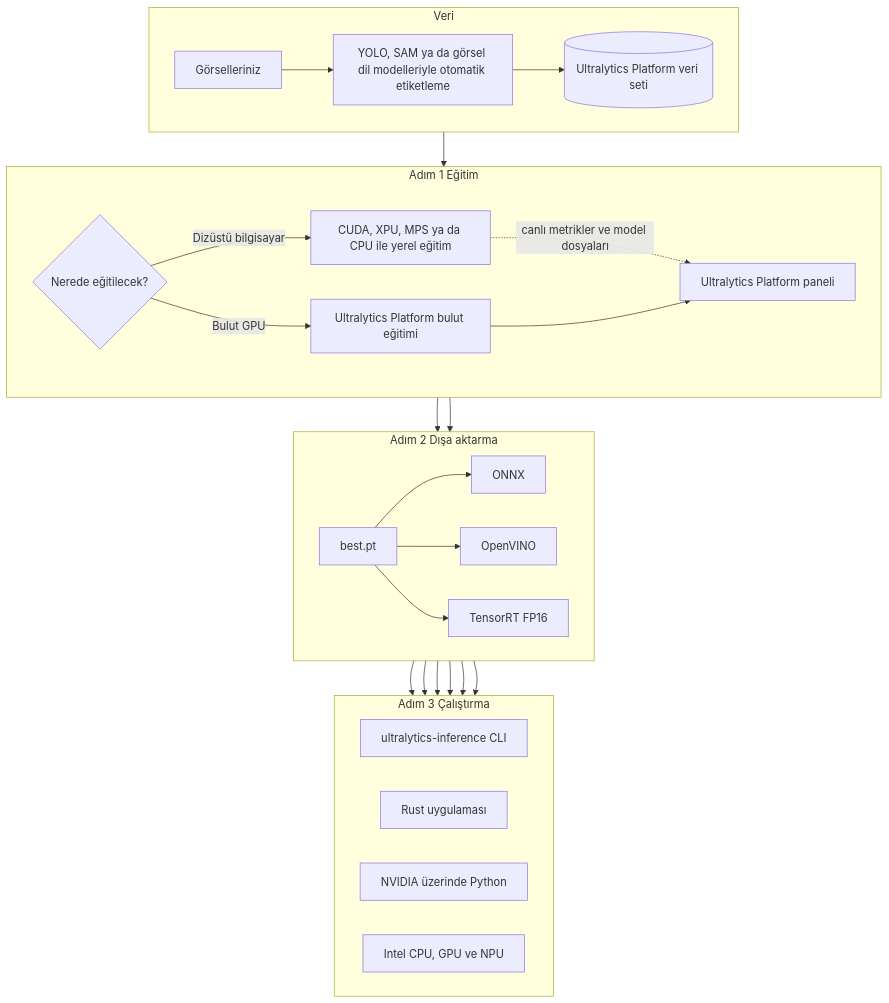
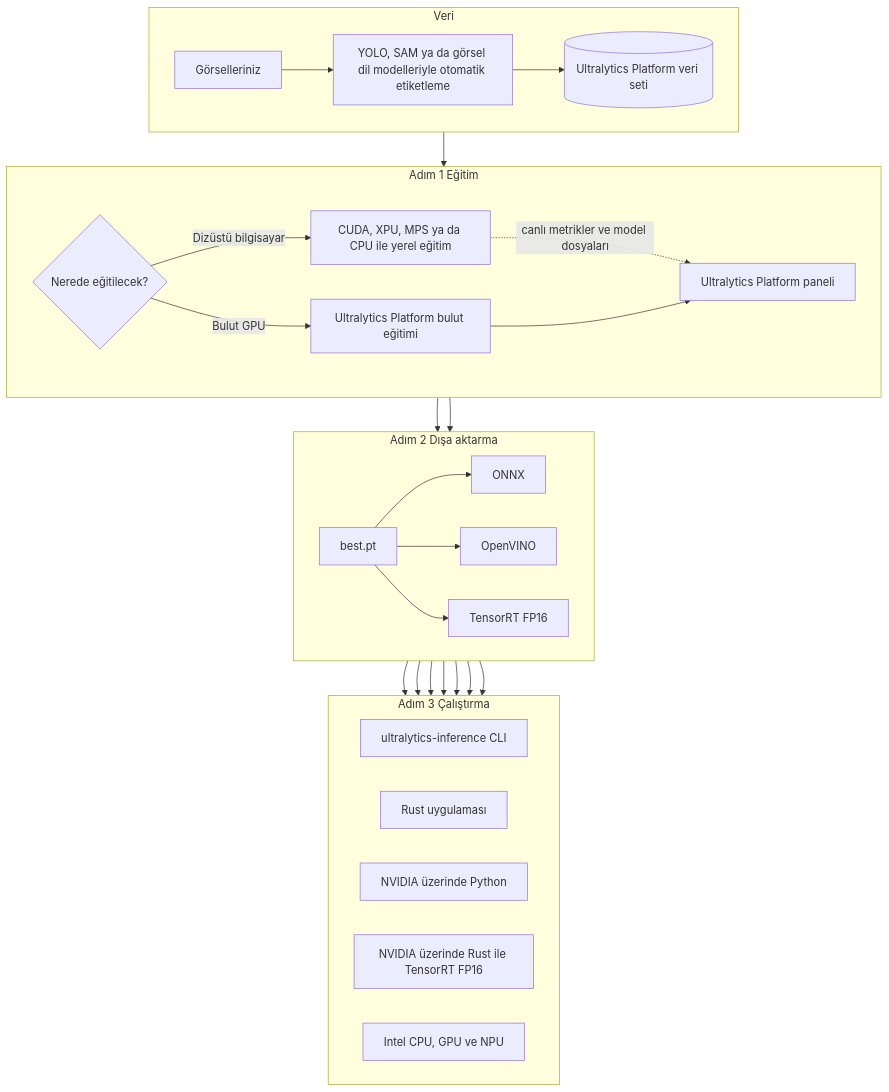
The diagram in docs/index.tr.md (onuralpszr/gdg-samsun-etkinlik-2026-workshop), drawn with Mermaid before and after one commit. The commit also changed other lines of this file and 2 other files, not shown here.

Commit message:
Document TensorRT FP16 from ONNX in Rust

````diff
--- a/docs/index.tr.md
+++ b/docs/index.tr.md
@@ -64,33 +64,34 @@
 ```mermaid
 flowchart TB
     subgraph Data["Veri"]
         direction LR
         A[Görselleriniz] --> B[YOLO, SAM ya da görsel dil modelleriyle otomatik etiketleme]
         B --> C[(Ultralytics Platform veri seti)]
     end
     subgraph Train["Adım 1 Eğitim"]
         direction LR
         C --> D{Nerede eğitilecek?}
         D -->|Bulut GPU| E[Ultralytics Platform bulut eğitimi]
         D -->|Dizüstü bilgisayar| F[CUDA, XPU, MPS ya da CPU ile yerel eğitim]
         F -.->|canlı metrikler ve model dosyaları| G[Ultralytics Platform paneli]
         E --> G
     end
     subgraph Export["Adım 2 Dışa aktarma"]
         direction LR
         G --> H[best.pt]
         F --> H
         H --> I[ONNX]
         H --> J[OpenVINO]
         H --> K[TensorRT FP16]
     end
     subgraph Run["Adım 3 Çalıştırma"]
         direction LR
         I --> L[ultralytics-inference CLI]
         J --> L
         I --> M[Rust uygulaması]
         J --> M
         K --> N[NVIDIA üzerinde Python]
+        I --> P[NVIDIA üzerinde Rust ile TensorRT FP16]
         J --> O[Intel CPU, GPU ve NPU]
     end
 ```
````
